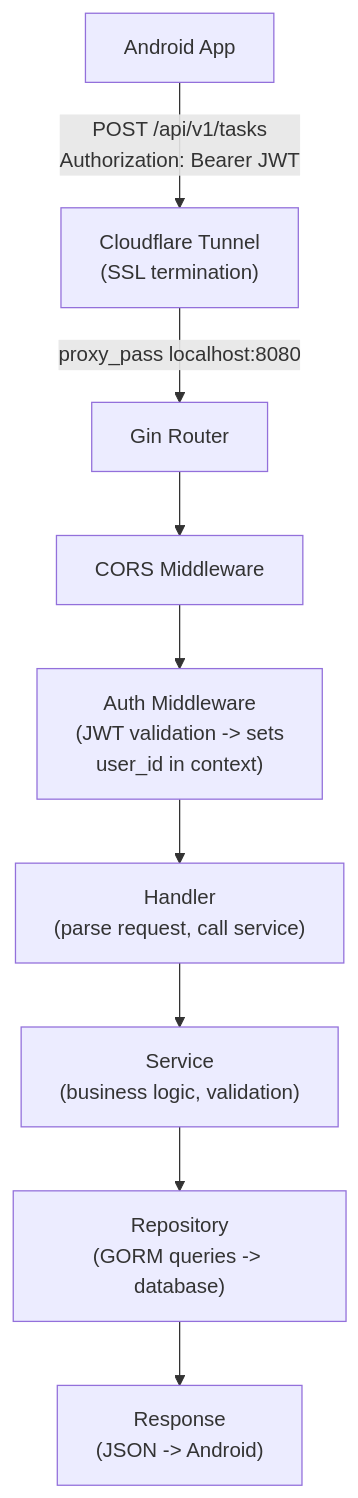
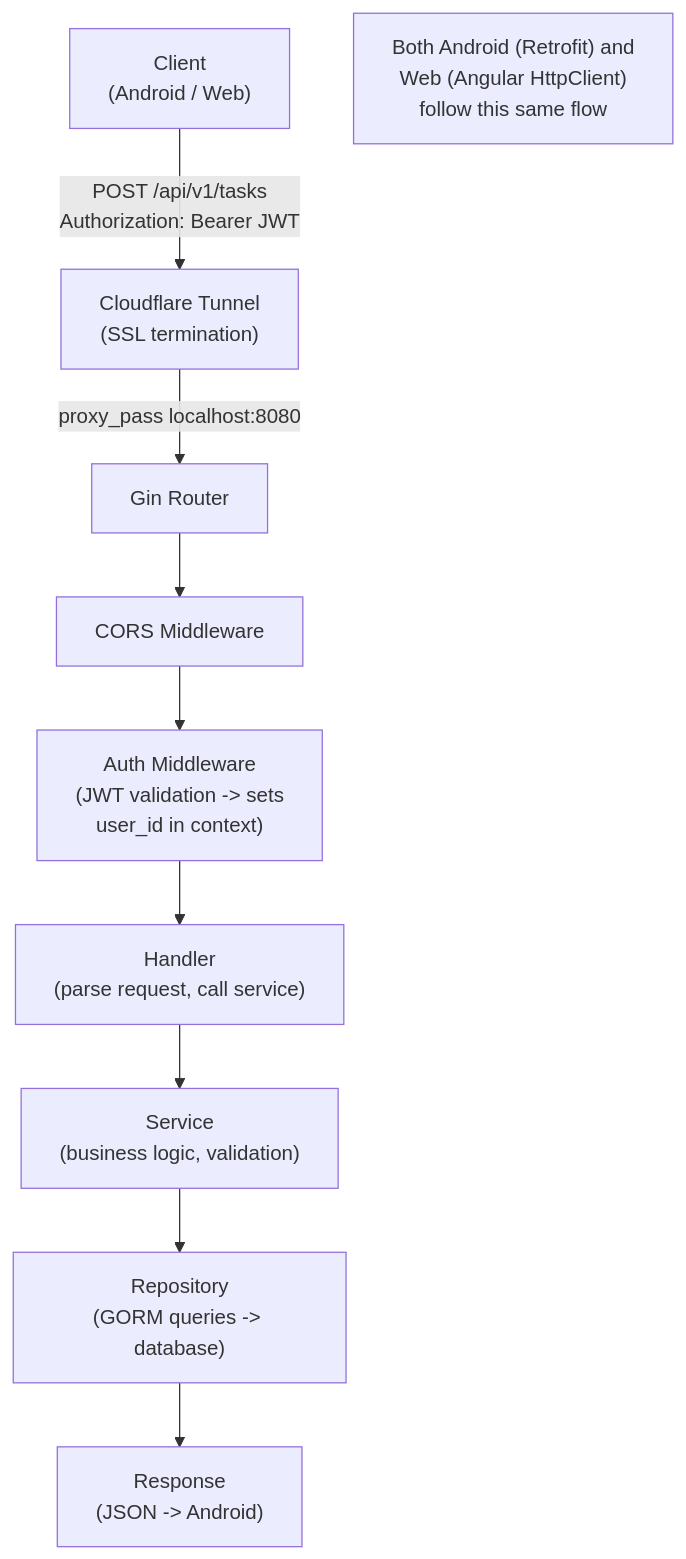
Before and after one commit to nhannht/viecz: the second of 10 diagrams in docs/technical/ARCHITECTURE.md, drawn with Mermaid. The commit also changed other lines of this file and 8 other files, not shown here.

First line of the commit message:
docs: Update all technical docs to reflect Angular web client (KNS-79)

````diff
--- a/docs/technical/ARCHITECTURE.md
+++ b/docs/technical/ARCHITECTURE.md
@@ -83,21 +98,22 @@
 ```mermaid
 graph TD
-    A["Android App"]
+    A["Client<br/>(Android / Web)"]
     B["Cloudflare Tunnel<br/>(SSL termination)"]
     C["Gin Router"]
     D["CORS Middleware"]
     E["Auth Middleware<br/>(JWT validation -> sets<br/>user_id in context)"]
     F["Handler<br/>(parse request, call service)"]
     G["Service<br/>(business logic, validation)"]
     H["Repository<br/>(GORM queries -> database)"]
     I["Response<br/>(JSON -> Android)"]
 
     A -- "POST /api/v1/tasks<br/>Authorization: Bearer JWT" --> B
+    Note["Both Android (Retrofit) and<br/>Web (Angular HttpClient)<br/>follow this same flow"]
     B -- "proxy_pass localhost:8080" --> C
     C --> D
     D --> E
     E --> F
     F --> G
     G --> H
     H --> I
 ```
````
